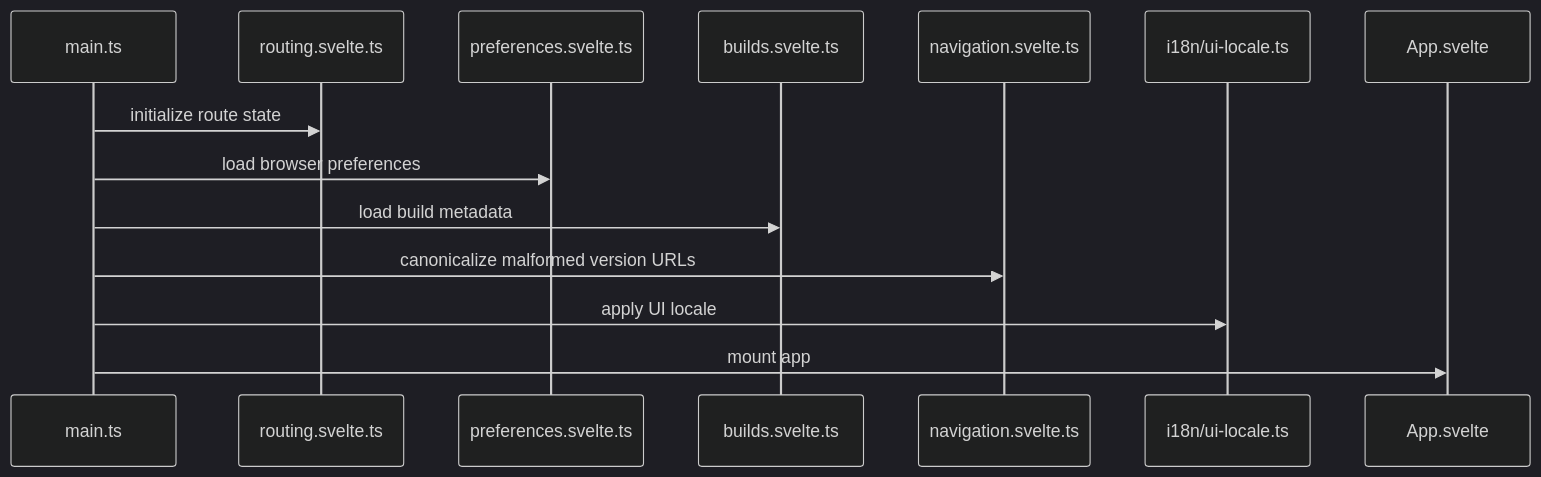
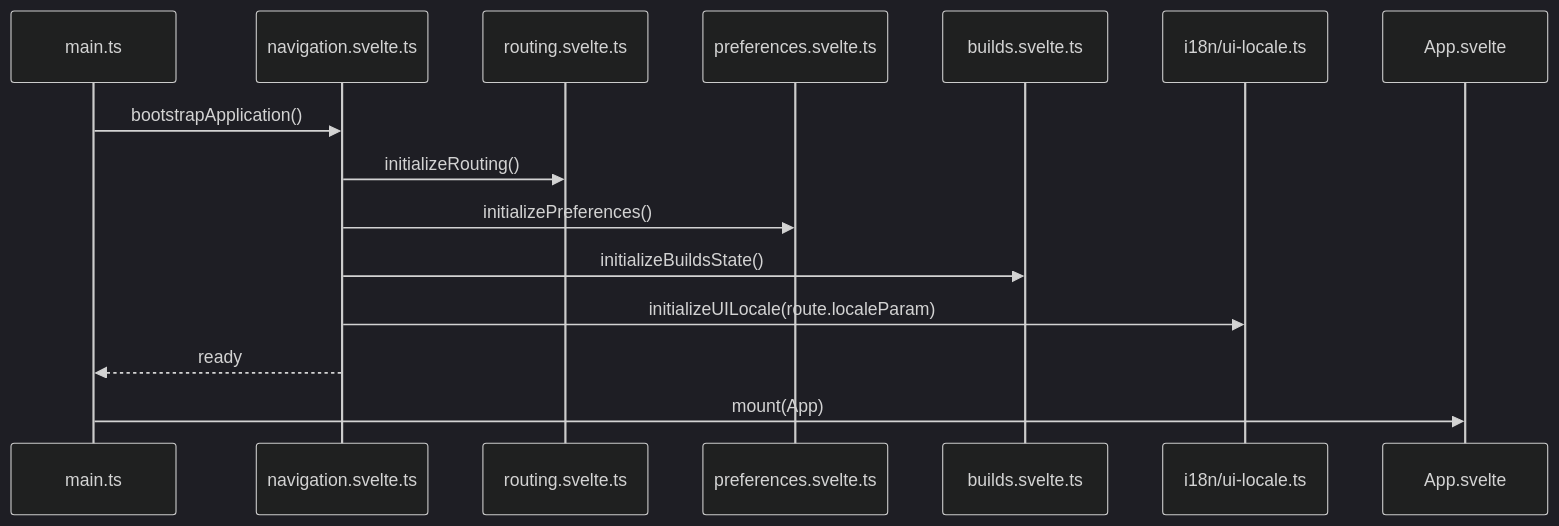
One commit to ushkinaz/cbn-guide changed the diagram in docs/routing.md. Above: the diagram before and after it, drawn with Mermaid (dark theme). The commit also changed 1 other file, not shown here.

Commit message:
docs(architecture): update diagrams for navigation layer refactor
- Reflects new `navigation.svelte.ts` module in architecture and routing diagrams.
- Updates bootstrap flow to show separation of navigation, routing, prefs, and builds.

````diff
--- a/docs/routing.md
+++ b/docs/routing.md
@@ -106,17 +106,18 @@
 ```mermaid
 sequenceDiagram
     participant Main as main.ts
+    participant Nav as navigation.svelte.ts
     participant Route as routing.svelte.ts
     participant Prefs as preferences.svelte.ts
     participant Builds as builds.svelte.ts
-    participant Nav as navigation.svelte.ts
     participant I18n as i18n/ui-locale.ts
     participant App as App.svelte
 
-    Main->>Route: initialize route state
-    Main->>Prefs: load browser preferences
-    Main->>Builds: load build metadata
-    Main->>Nav: canonicalize malformed version URLs
-    Main->>I18n: apply UI locale
-    Main->>App: mount app
+    Main->>Nav: bootstrapApplication()
+    Nav->>Route: initializeRouting()
+    Nav->>Prefs: initializePreferences()
+    Nav->>Builds: initializeBuildsState()
+    Nav->>I18n: initializeUILocale(route.localeParam)
+    Nav-->>Main: ready
+    Main->>App: mount(App)
 ```
````
